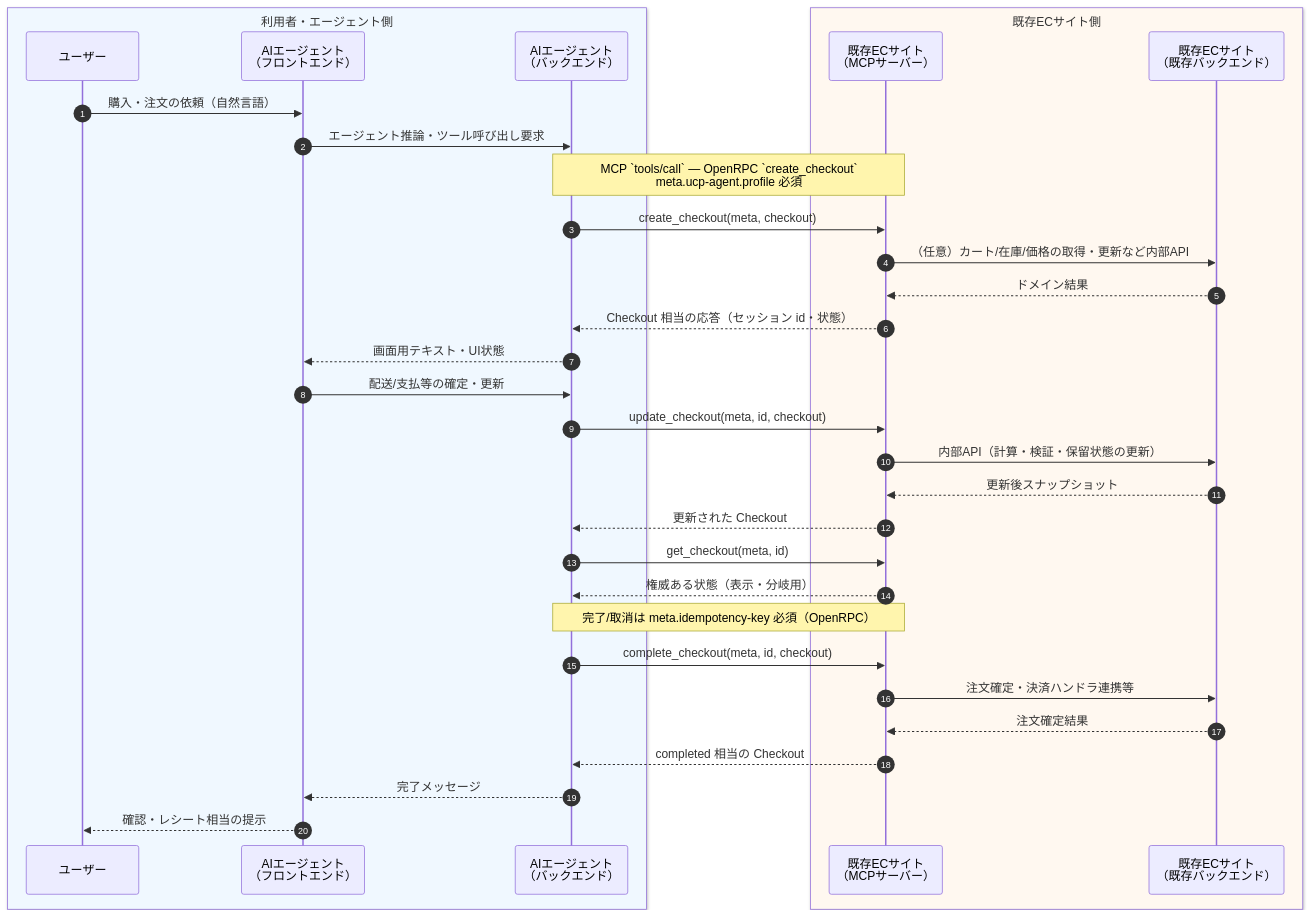
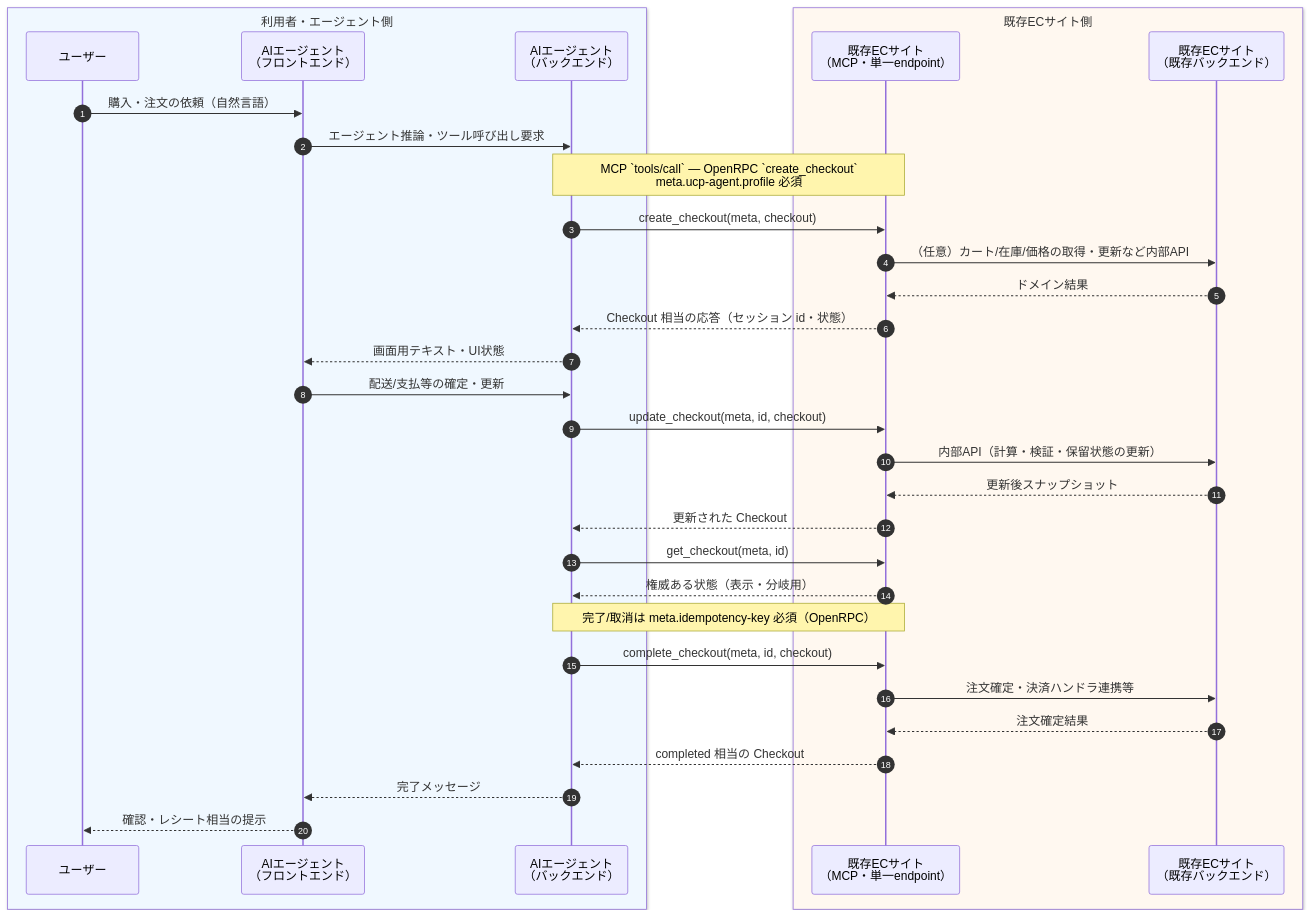
One commit to atakedemo/agent-commerce-research changed the third of 4 diagrams in demos/01-sample-ucp_ap2/docs/sequence.md. Above: the diagram before and after it, drawn with Mermaid. The commit also changed other lines of this file and 1 other file, not shown here.

````diff
--- a/demos/01-sample-ucp_ap2/docs/sequence.md
+++ b/demos/01-sample-ucp_ap2/docs/sequence.md
@@ -15,39 +107,39 @@
 ```mermaid
 sequenceDiagram
     autonumber
     box rgb(240,248,255) 利用者・エージェント側
         participant U as ユーザー
         participant FE as AIエージェント<br/>（フロントエンド）
         participant BE as AIエージェント<br/>（バックエンド）
     end
     box rgb(255,248,240) 既存ECサイト側
-        participant MCP as 既存ECサイト<br/>（MCPサーバー）
+        participant MCP as 既存ECサイト<br/>（MCP・単一endpoint）
         participant EC as 既存ECサイト<br/>（既存バックエンド）
     end
 
     U->>FE: 購入・注文の依頼（自然言語）
     FE->>BE: エージェント推論・ツール呼び出し要求
     Note over BE,MCP: MCP `tools/call` — OpenRPC `create_checkout`<br/>meta.ucp-agent.profile 必須
     BE->>MCP: create_checkout(meta, checkout)
     MCP->>EC: （任意）カート/在庫/価格の取得・更新など内部API
     EC-->>MCP: ドメイン結果
     MCP-->>BE: Checkout 相当の応答（セッション id・状態）
     BE-->>FE: 画面用テキスト・UI状態
 
     FE->>BE: 配送/支払等の確定・更新
     BE->>MCP: update_checkout(meta, id, checkout)
     MCP->>EC: 内部API（計算・検証・保留状態の更新）
     EC-->>MCP: 更新後スナップショット
     MCP-->>BE: 更新された Checkout
 
     BE->>MCP: get_checkout(meta, id)
     MCP-->>BE: 権威ある状態（表示・分岐用）
 
     Note over BE,MCP: 完了/取消は meta.idempotency-key 必須（OpenRPC）
     BE->>MCP: complete_checkout(meta, id, checkout)
     MCP->>EC: 注文確定・決済ハンドラ連携等
     EC-->>MCP: 注文確定結果
     MCP-->>BE: completed 相当の Checkout
     BE-->>FE: 完了メッセージ
     FE-->>U: 確認・レシート相当の提示
 ```
````
